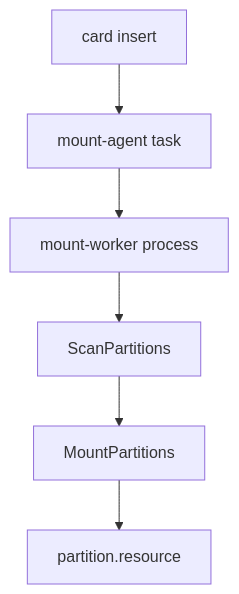
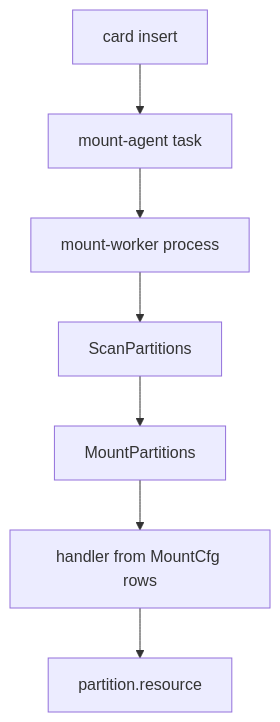
The second of 4 diagrams in docs/ptable.md (pulchart/amigaos-ptable), drawn with Mermaid before and after one commit. The commit also changed other lines of this file and 4 other files, not shown here.

````diff
--- a/docs/ptable.md
+++ b/docs/ptable.md
@@ -47,8 +47,9 @@
 ```mermaid
 graph TD
   A[card insert] --> B[mount-agent task]
   B --> C[mount-worker process]
   C --> D[ScanPartitions]
   D --> E[MountPartitions]
-  E --> F[partition.resource]
+  E --> G[handler from MountCfg rows]
+  G --> F[partition.resource]
 ```
````
